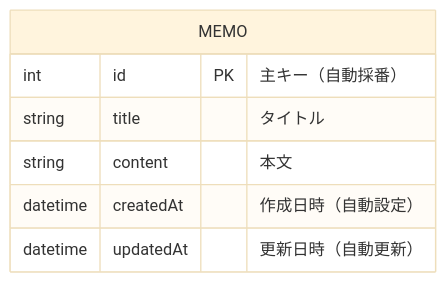
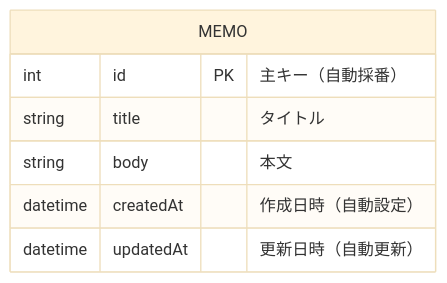
One commit to dik-ab/school-curriculum-platform changed the first of 5 diagrams in cloudflare-site/src/content/docs/database/schema_and_migration.md. Above: the diagram before and after it, drawn with Mermaid (base theme). The commit also changed other lines of this file, not shown here.

First line of the commit message:
docs: align memo field name and db/service names in schema_and_migration

````diff
--- a/cloudflare-site/src/content/docs/database/schema_and_migration.md
+++ b/cloudflare-site/src/content/docs/database/schema_and_migration.md
@@ -100,10 +100,10 @@
 ```mermaid
 erDiagram
     MEMO {
         int id PK "主キー（自動採番）"
         string title "タイトル"
-        string content "本文"
+        string body "本文"
         datetime createdAt "作成日時（自動設定）"
         datetime updatedAt "更新日時（自動更新）"
     }
 ```
````
